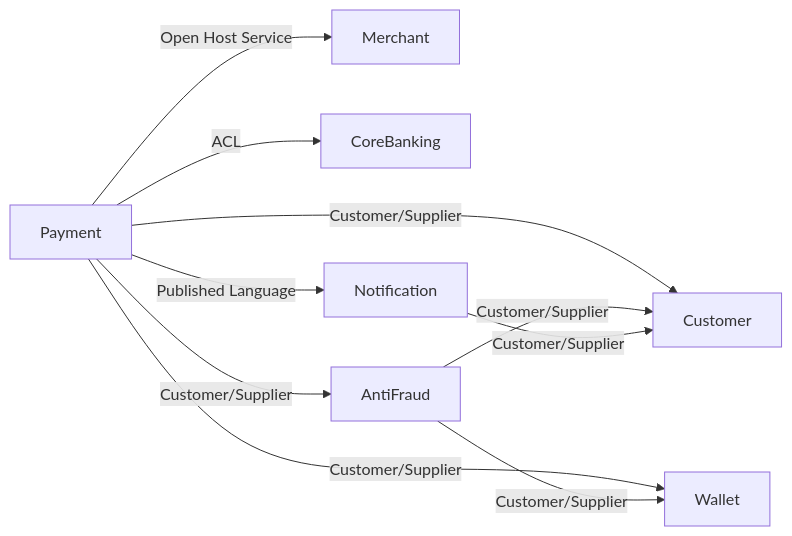
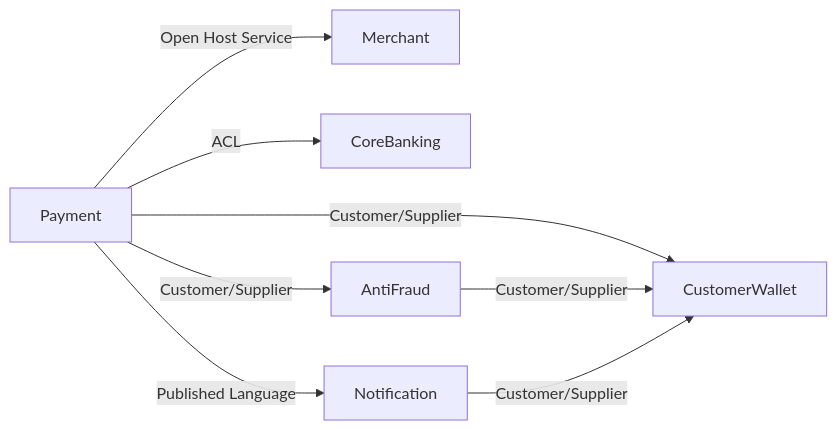
Before and after one commit to isayka/cccc: the diagram in context_map.md, drawn with Mermaid. The commit also changed other lines of this file, not shown here.

Commit message:
Update context_map.md
рефакторинг контекстов кошелька и клиента. Мердж в единый контекст

````diff
--- a/context_map.md
+++ b/context_map.md
@@ -17,12 +15,10 @@
 ```mermaid
 flowchart LR
-	Payment-->|Customer/Supplier|Customer
-	Payment-->|Customer/Supplier|Wallet
+	Payment-->|Customer/Supplier|CustomerWallet
 	Payment-->|Open Host Service|Merchant
 	Payment-->|ACL|CoreBanking
 	Payment-->|Customer/Supplier|AntiFraud
 	Payment-->|Published Language|Notification
-	AntiFraud-->|Customer/Supplier|Wallet
-	AntiFraud-->|Customer/Supplier|Customer
-	Notification-->|Customer/Supplier|Customer
+	AntiFraud-->|Customer/Supplier|CustomerWallet
+	Notification-->|Customer/Supplier|CustomerWallet
 ```
````
